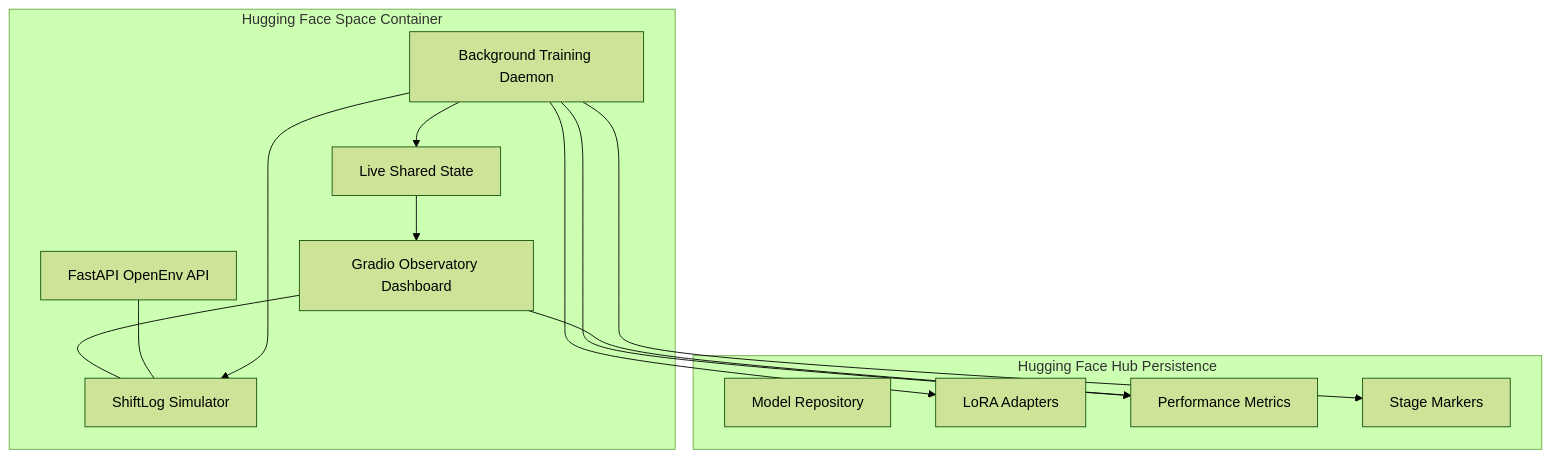
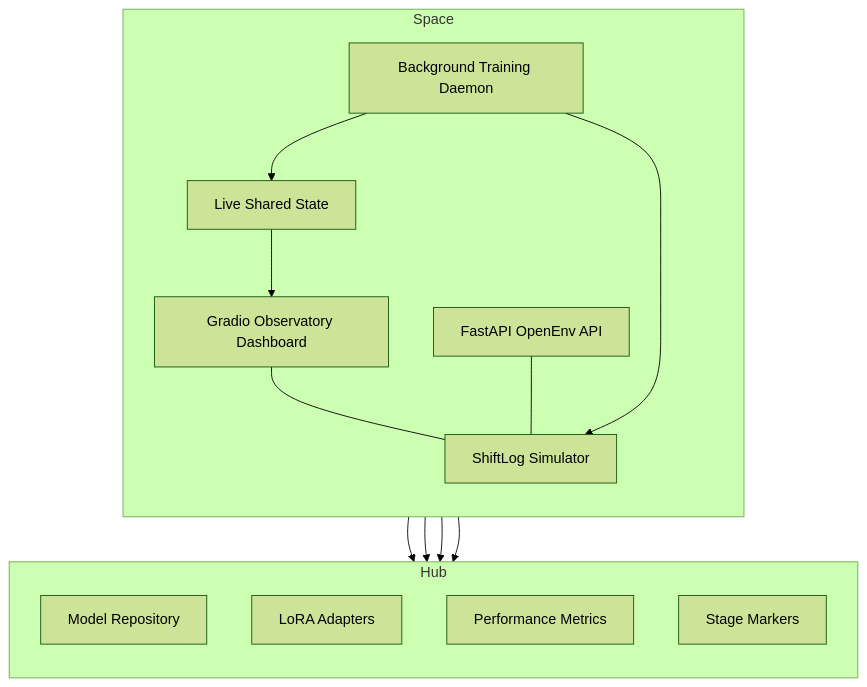
Before and after one commit to Chirag0096/ShiftLog-Gym: the diagram in README.md, drawn with Mermaid (forest theme). The commit also changed other lines of this file, not shown here.

Commit message:
fix: enforce blank lines and clean syntax for Mermaid rendering

````diff
--- a/README.md
+++ b/README.md
@@ -57,27 +58,29 @@
 ```mermaid
 graph TD
-    subgraph Space [Hugging Face Space Container]
+    subgraph Space
+        direction TB
         UI[Gradio Observatory Dashboard]
         API[FastAPI OpenEnv API]
         Daemon[Background Training Daemon]
         Sim[ShiftLog Simulator]
         
         UI --- Sim
         API --- Sim
         Daemon --> Sim
         Daemon --> SharedState[Live Shared State]
         SharedState --> UI
     end
     
-    subgraph Hub [Hugging Face Hub Persistence]
+    subgraph Hub
+        direction TB
         Repo[Model Repository]
         Weights[LoRA Adapters]
         Metrics[Performance Metrics]
         Stages[Stage Markers]
     end
     
     Daemon --> Weights
     Daemon --> Metrics
     Daemon --> Stages
     UI --> Metrics
 ```
````
